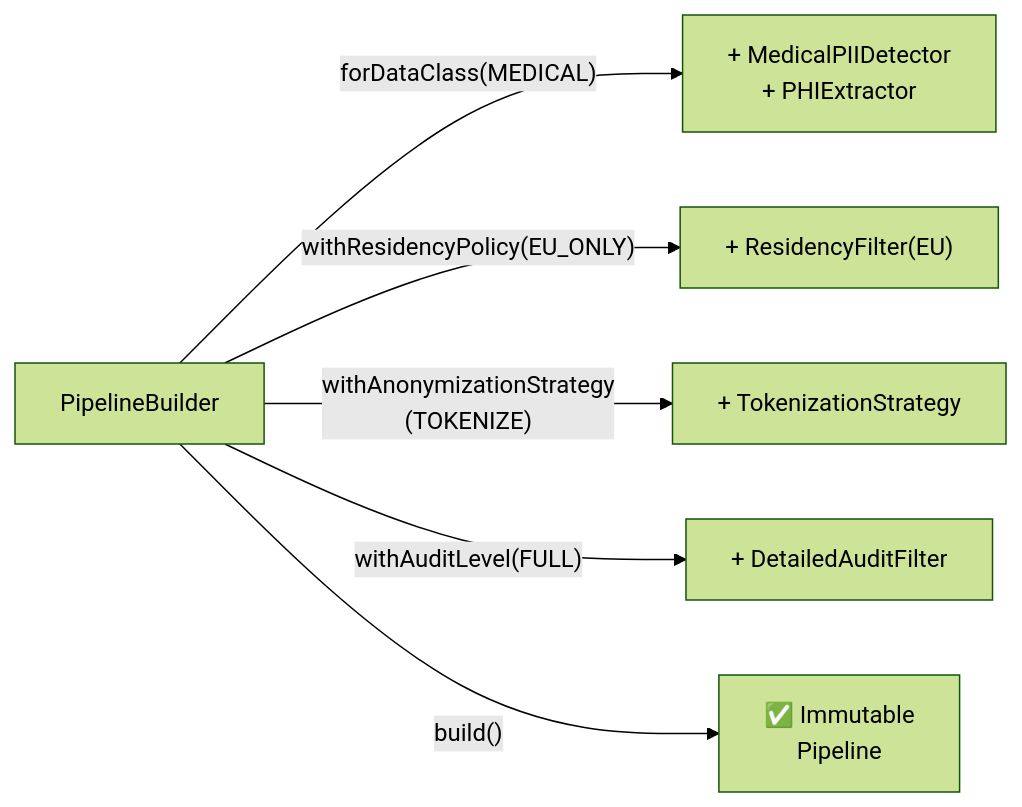
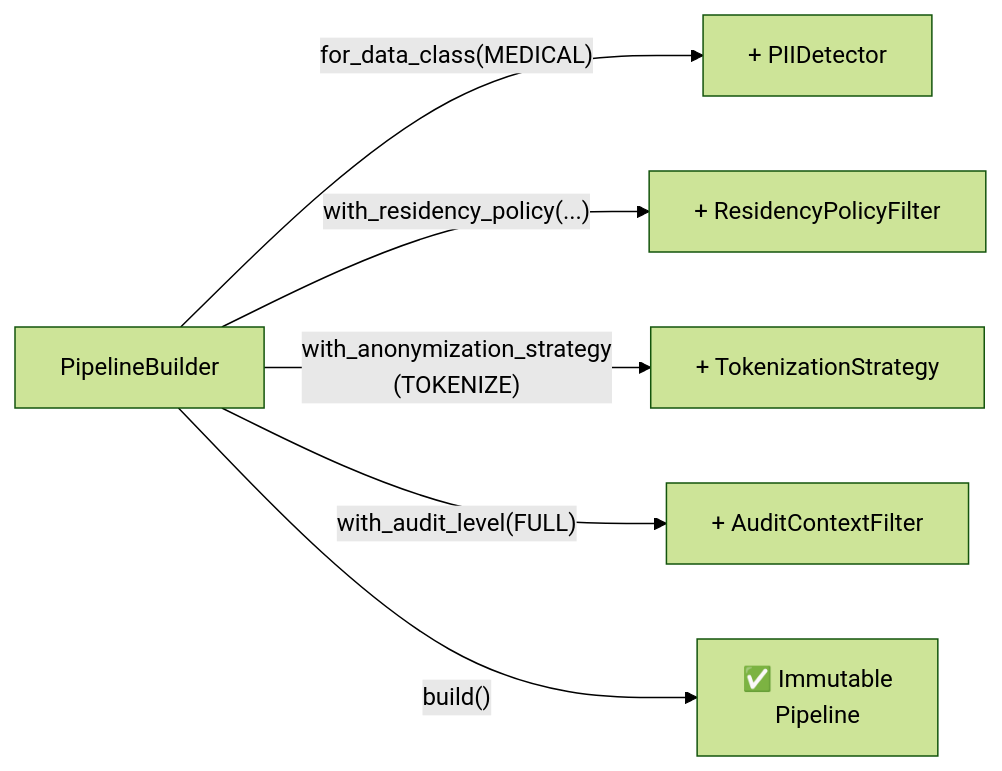
Before and after one commit to gniewekk/Privacy-Preserving-Context-Pipeline-for-LLMs-DP: the fourth of 14 diagrams in ARCHITECTURE.md, drawn with Mermaid (forest theme). The commit also changed other lines of this file and 30 other files, not shown here.

````diff
--- a/ARCHITECTURE.md
+++ b/ARCHITECTURE.md
@@ -238,9 +238,9 @@
 ```mermaid
 flowchart LR
     B["PipelineBuilder"]
-    B -->|"forDataClass(MEDICAL)"| B1["+ MedicalPIIDetector\n+ PHIExtractor"]
-    B -->|"withResidencyPolicy(EU_ONLY)"| B2["+ ResidencyFilter(EU)"]
-    B -->|"withAnonymizationStrategy\n(TOKENIZE)"| B3["+ TokenizationStrategy"]
-    B -->|"withAuditLevel(FULL)"| B4["+ DetailedAuditFilter"]
+    B -->|"for_data_class(MEDICAL)"| B1["+ PIIDetector"]
+    B -->|"with_residency_policy(...)"| B2["+ ResidencyPolicyFilter"]
+    B -->|"with_anonymization_strategy\n(TOKENIZE)"| B3["+ TokenizationStrategy"]
+    B -->|"with_audit_level(FULL)"| B4["+ AuditContextFilter"]
     B -->|"build()"| P["✅ Immutable\nPipeline"]
 ```
````
